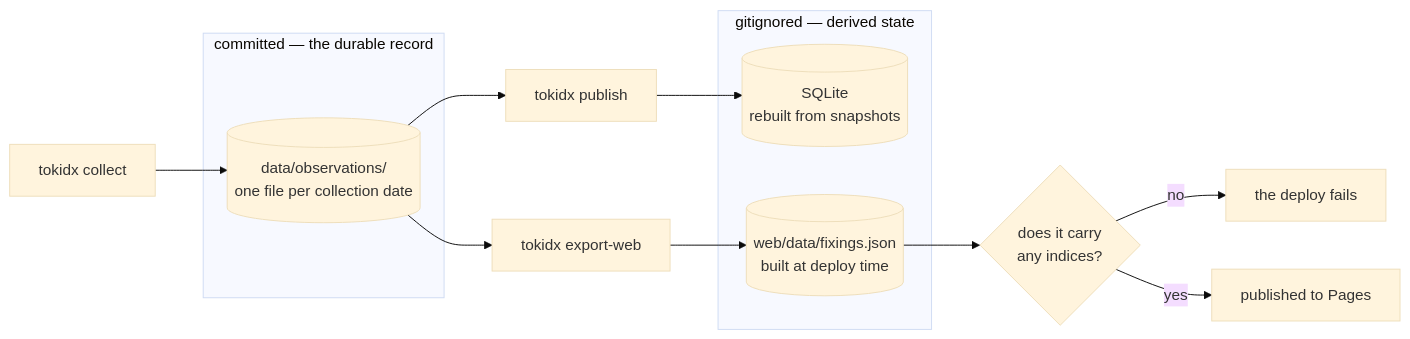
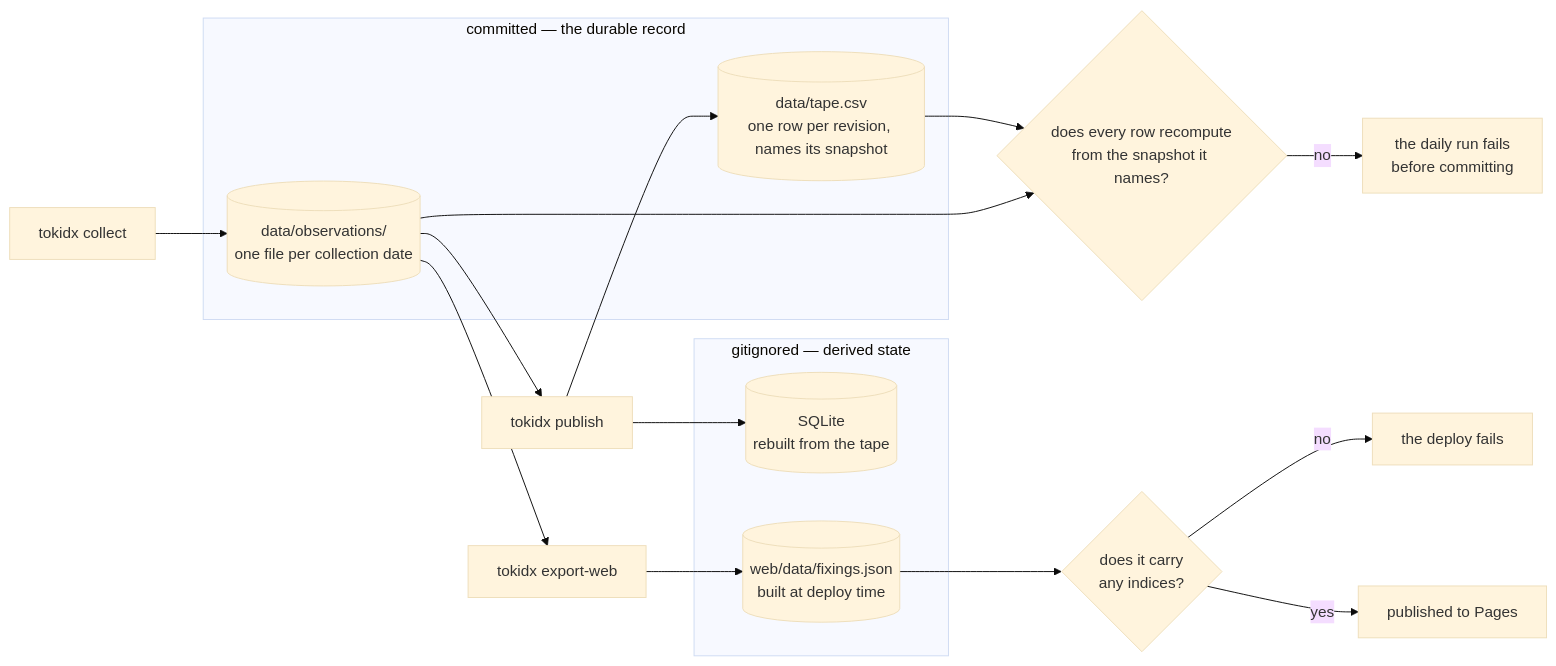
The second of 2 diagrams in README.md (henryzhangpku/token-price-index), drawn with Mermaid (base theme) before and after one commit. The commit also changed other lines of this file and 11 other files, not shown here.

First line of the commit message:
Commit the tape, and verify the series against it every day

````diff
--- a/README.md
+++ b/README.md
@@ -153,20 +153,25 @@
 ```mermaid
 flowchart LR
     subgraph durable ["committed — the durable record"]
         SNAP[("data/observations/<br/>one file per collection date")]
+        TAPE[("data/tape.csv<br/>one row per revision, names its snapshot")]
     end
 
     subgraph derived ["gitignored — derived state"]
-        DB[("SQLite<br/>rebuilt from snapshots")]
+        DB[("SQLite<br/>rebuilt from the tape")]
         BUNDLE[("web/data/fixings.json<br/>built at deploy time")]
     end
 
     COLLECT["tokidx collect"] --> SNAP
     SNAP --> PUBLISH["tokidx publish"]
     PUBLISH --> DB
+    PUBLISH --> TAPE
+    TAPE --> VERIFY{"does every row recompute<br/>from the snapshot it names?"}
+    SNAP --> VERIFY
+    VERIFY -- no --> HALT["the daily run fails<br/>before committing"]
     SNAP --> EXPORT["tokidx export-web"]
     EXPORT --> BUNDLE
     BUNDLE --> CI{"does it carry<br/>any indices?"}
     CI -- no --> FAIL["the deploy fails"]
     CI -- yes --> PAGES["published to Pages"]
 ```
````
